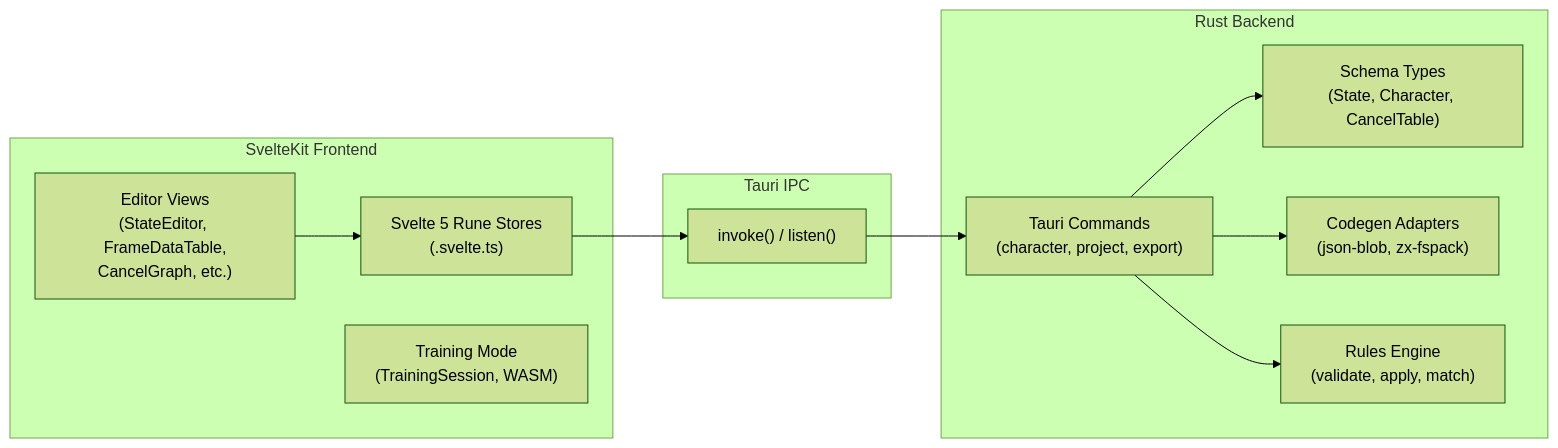
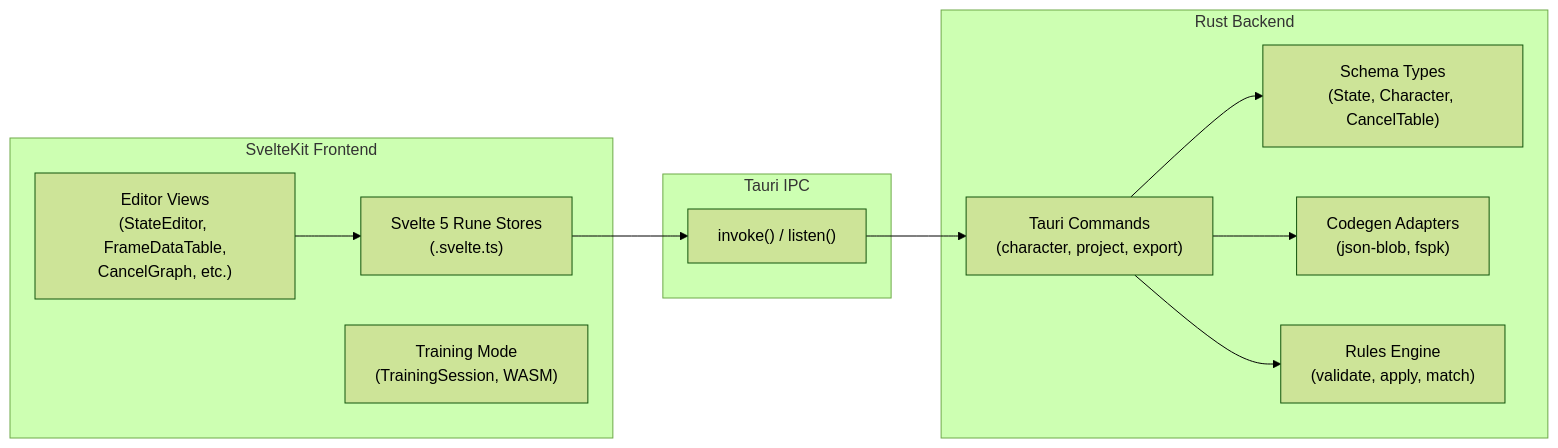
One commit to RobDavenport/framesmith changed the second of 2 diagrams in docs/architecture.md. Above: the diagram before and after it, drawn with Mermaid (forest theme). The commit also changed other lines of this file and 108 other files, not shown here.

````diff
--- a/docs/architecture.md
+++ b/docs/architecture.md
@@ -54,26 +54,26 @@
 ```mermaid
 flowchart LR
     subgraph Frontend ["SvelteKit Frontend"]
         STORES["Svelte 5 Rune Stores\n(.svelte.ts)"]
         VIEWS["Editor Views\n(StateEditor, FrameDataTable,\nCancelGraph, etc.)"]
         TRAIN["Training Mode\n(TrainingSession, WASM)"]
     end
 
     subgraph Bridge ["Tauri IPC"]
         IPC["invoke() / listen()"]
     end
 
     subgraph Backend ["Rust Backend"]
         CMDS["Tauri Commands\n(character, project, export)"]
         SCHEMA["Schema Types\n(State, Character, CancelTable)"]
-        CODEGEN["Codegen Adapters\n(json-blob, zx-fspack)"]
+        CODEGEN["Codegen Adapters\n(json-blob, fspk)"]
         RMOD["Rules Engine\n(validate, apply, match)"]
     end
 
     VIEWS --> STORES
     STORES --> IPC
     IPC --> CMDS
     CMDS --> SCHEMA
     CMDS --> CODEGEN
     CMDS --> RMOD
 ```
````
